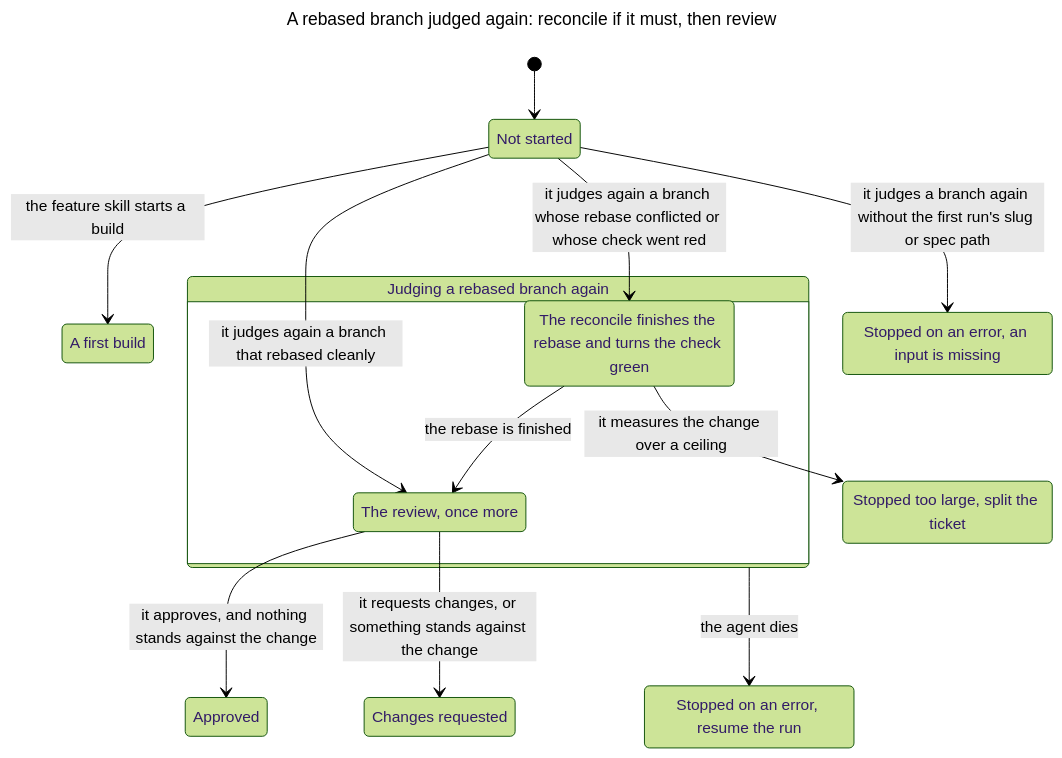
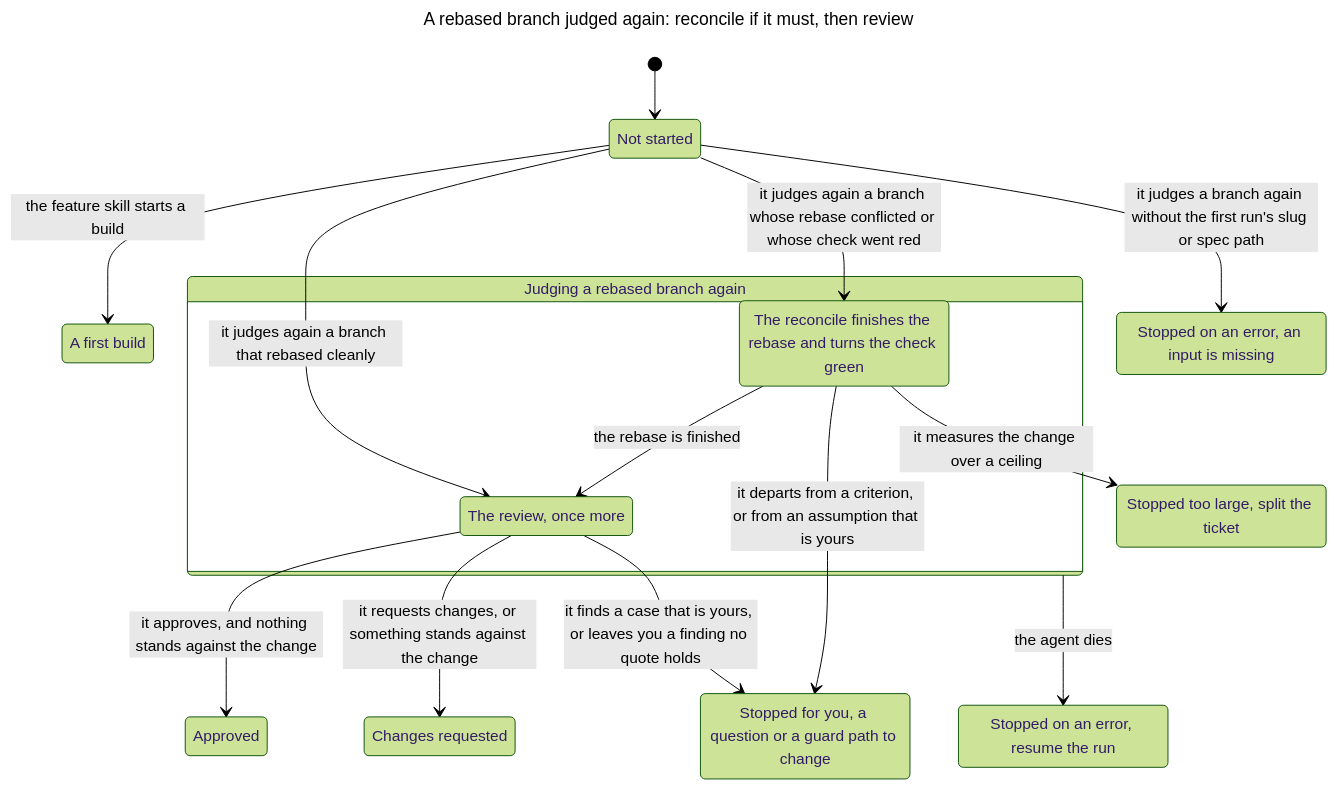
The third of 4 diagrams in docs/model/pipeline.md (Simon-GitHub-Code/ratchet), drawn with Mermaid (forest theme) before and after one commit. The commit also changed other lines of this file and 3 other files, not shown here.

First line of the commit message:
docs(model): draw the pipeline's stage charts from the current export

````diff
--- a/docs/model/pipeline.md
+++ b/docs/model/pipeline.md
@@ -247,27 +264,30 @@
 ```mermaid
 ---
 title: "A rebased branch judged again: reconcile if it must, then review"
 ---
 stateDiagram-v2
   s0: Not started
   s1: A first build
   state "Judging a rebased branch again" as s2 {
     s3: The review, once more
     s4: The reconcile finishes the rebase and turns the check green
   }
   s5: Stopped on an error, an input is missing
   s6: Stopped on an error, resume the run
   s7: Stopped too large, split the ticket
-  s8: Approved
-  s9: Changes requested
+  s8: Stopped for you, a question or a guard path to change
+  s9: Approved
+  s10: Changes requested
   [*] --> s0
   s0 --> s1: the feature skill starts a build
   s0 --> s3: it judges again a branch that rebased cleanly
   s0 --> s4: it judges again a branch whose rebase conflicted or whose check went red
   s0 --> s5: it judges a branch again without the first run's slug or spec path
-  s3 --> s8: it approves, and nothing stands against the change
-  s3 --> s9: it requests changes, or something stands against the change
+  s3 --> s9: it approves, and nothing stands against the change
+  s3 --> s10: it requests changes, or something stands against the change
+  s3 --> s8: it finds a case that is yours, or leaves you a finding no quote holds
   s4 --> s3: the rebase is finished
   s4 --> s7: it measures the change over a ceiling
+  s4 --> s8: it departs from a criterion, or from an assumption that is yours
   s2 --> s6: the agent dies
 ```
````
